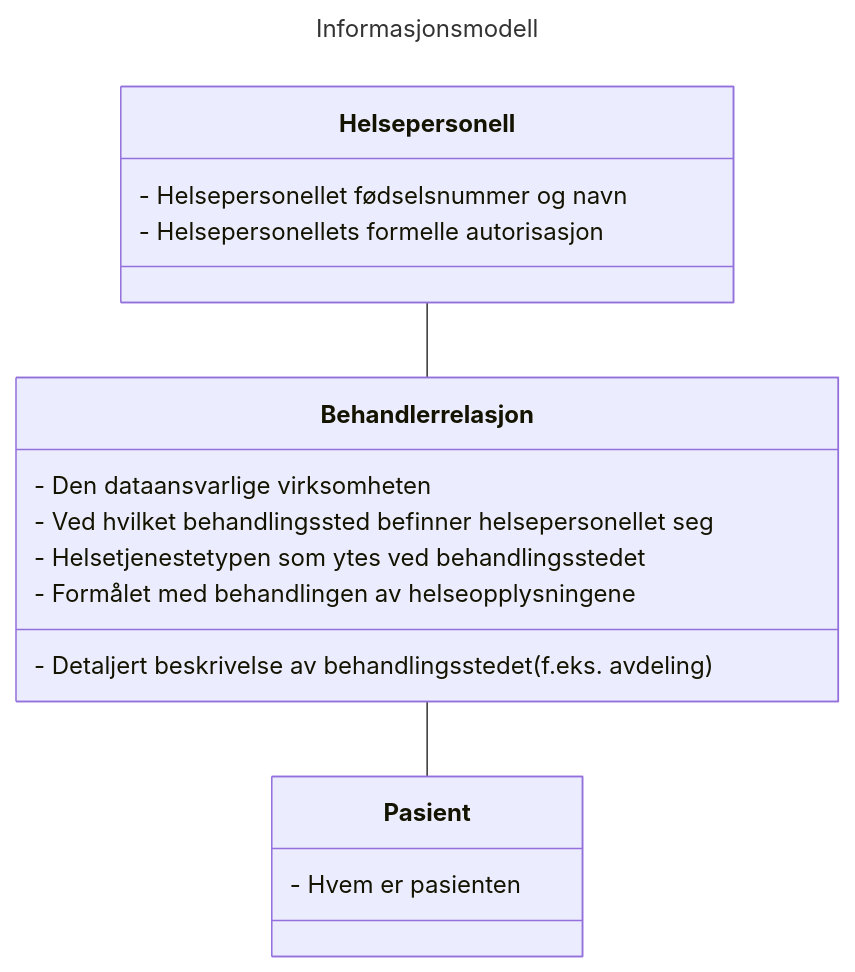
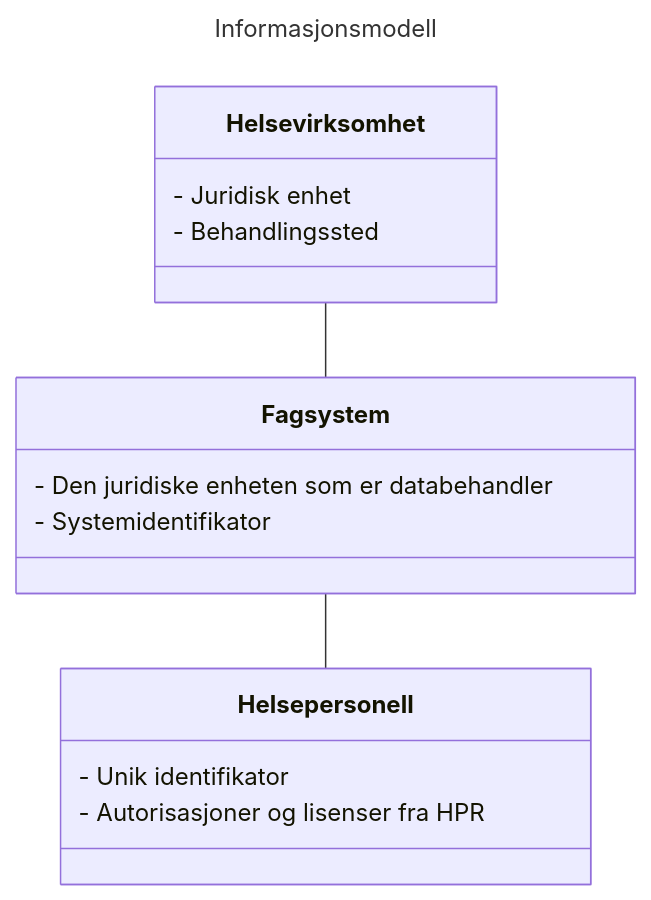
The first of 2 diagrams in specs/informasjons_og_datamodell.md (NorskHelsenett/Tillitsrammeverk), drawn with Mermaid before and after one commit. The commit also changed other lines of this file and 2 other files, not shown here.

````diff
--- a/specs/informasjons_og_datamodell.md
+++ b/specs/informasjons_og_datamodell.md
@@ -105,24 +116,21 @@
 ```mermaid
 ---
 title: Informasjonsmodell
 ---
 classDiagram
-	Helsepersonell -- Behandlerrelasjon
-	Behandlerrelasjon -- Pasient
+	Helsevirksomhet -- Fagsystem
+	Fagsystem -- Helsepersonell
 
+    class Helsevirksomhet{
+		- Juridisk enhet
+		- Behandlingssted
+    }
+    class Fagsystem{
+		- Den juridiske enheten som er databehandler
+		- Systemidentifikator
+    }
     class Helsepersonell{
-		- Helsepersonellet fødselsnummer og navn
-		- Helsepersonellets formelle autorisasjon
+		- Unik identifikator
+		- Autorisasjoner og lisenser fra HPR
     }
-    class Behandlerrelasjon{
-		- Den dataansvarlige virksomheten
-		- Ved hvilket behandlingssted befinner helsepersonellet seg
-		- Helsetjenestetypen som ytes ved behandlingsstedet
-		- Formålet med behandlingen av helseopplysningene
-		- Detaljert beskrivelse av behandlingsstedet (f.eks. avdeling)
-    }
-    class Pasient{
-		- Hvem er pasienten
-    }
-
 ```
````
